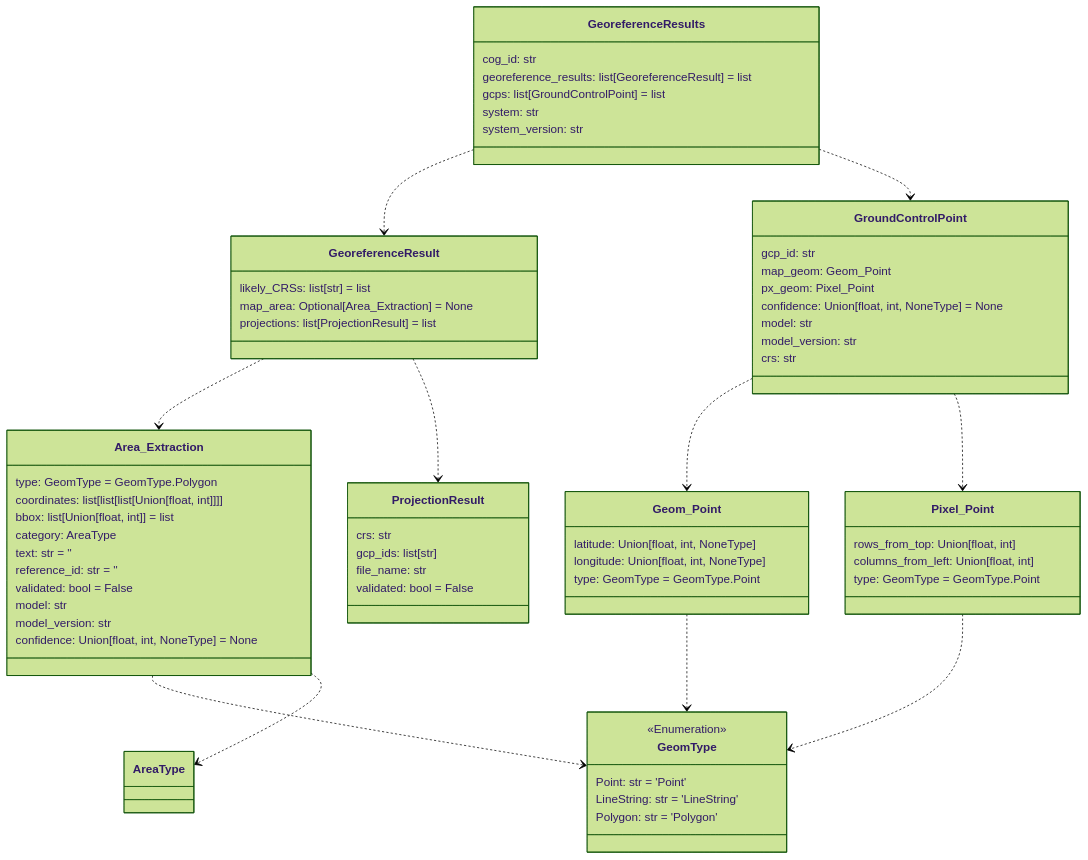
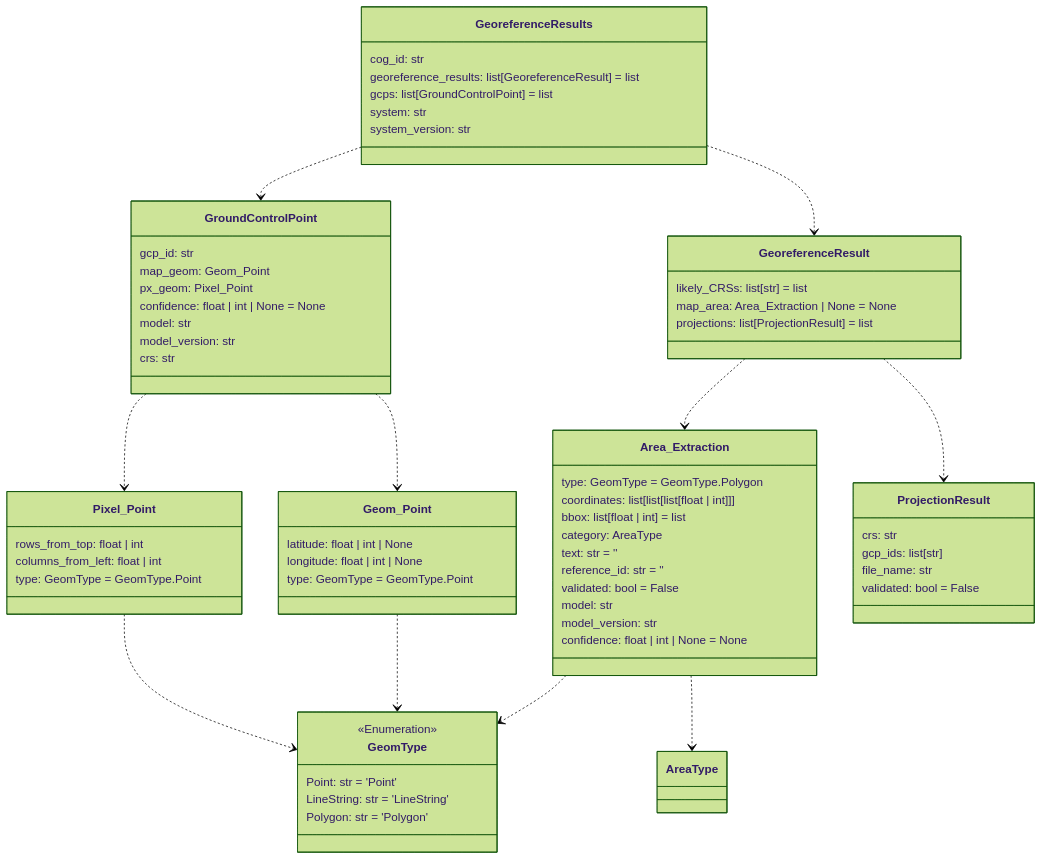
The second of 14 diagrams in README.md (DARPA-CRITICALMAAS/cdr_schemas), drawn with Mermaid (forest theme) before and after one commit. The commit also changed other lines of this file and 4 other files, not shown here.

````diff
--- a/README.md
+++ b/README.md
@@ -117,79 +117,79 @@
 ```mermaid
 classDiagram
 
     class Area_Extraction {
         type: GeomType = GeomType.Polygon
-        coordinates: list[list[list[Union[float, int]]]]
-        bbox: list[Union[float, int]] = list
+        coordinates: list[list[list[float | int]]]
+        bbox: list[float | int] = list
         category: AreaType
         text: str = ''
         reference_id: str = ''
         validated: bool = False
         model: str
         model_version: str
-        confidence: Union[float, int, NoneType] = None
-    }
-
-    class GeoreferenceResult {
-        likely_CRSs: list[str] = list
-        map_area: Optional[Area_Extraction] = None
-        projections: list[ProjectionResult] = list
-    }
-
-    class ProjectionResult {
-        crs: str
-        gcp_ids: list[str]
-        file_name: str
-        validated: bool = False
-    }
-
-    class Geom_Point {
-        latitude: Union[float, int, NoneType]
-        longitude: Union[float, int, NoneType]
-        type: GeomType = GeomType.Point
+        confidence: float | int | None = None
     }
 
     class Pixel_Point {
-        rows_from_top: Union[float, int]
-        columns_from_left: Union[float, int]
+        rows_from_top: float | int
+        columns_from_left: float | int
         type: GeomType = GeomType.Point
-    }
-
-    class GroundControlPoint {
-        gcp_id: str
-        map_geom: Geom_Point
-        px_geom: Pixel_Point
-        confidence: Union[float, int, NoneType] = None
-        model: str
-        model_version: str
-        crs: str
     }
 
     class GeomType {
         <<Enumeration>>
         Point: str = 'Point'
         LineString: str = 'LineString'
         Polygon: str = 'Polygon'
     }
 
     class GeoreferenceResults {
         cog_id: str
         georeference_results: list[GeoreferenceResult] = list
         gcps: list[GroundControlPoint] = list
         system: str
         system_version: str
     }
 
+    class Geom_Point {
+        latitude: float | int | None
+        longitude: float | int | None
+        type: GeomType = GeomType.Point
+    }
+
+    class GeoreferenceResult {
+        likely_CRSs: list[str] = list
+        map_area: Area_Extraction | None = None
+        projections: list[ProjectionResult] = list
+    }
+
+    class ProjectionResult {
+        crs: str
+        gcp_ids: list[str]
+        file_name: str
+        validated: bool = False
+    }
+
+    class GroundControlPoint {
+        gcp_id: str
+        map_geom: Geom_Point
+        px_geom: Pixel_Point
+        confidence: float | int | None = None
+        model: str
+        model_version: str
+        crs: str
+    }
+
+    Area_Extraction ..> AreaType
     Area_Extraction ..> GeomType
-    Area_Extraction ..> AreaType
     Geom_Point ..> GeomType
     Pixel_Point ..> GeomType
     GroundControlPoint ..> Geom_Point
     GroundControlPoint ..> Pixel_Point
     GeoreferenceResult ..> Area_Extraction
     GeoreferenceResult ..> ProjectionResult
+    GeoreferenceResults ..> GroundControlPoint
     GeoreferenceResults ..> GeoreferenceResult
-    GeoreferenceResults ..> GroundControlPoint
 
 
 ```
````
